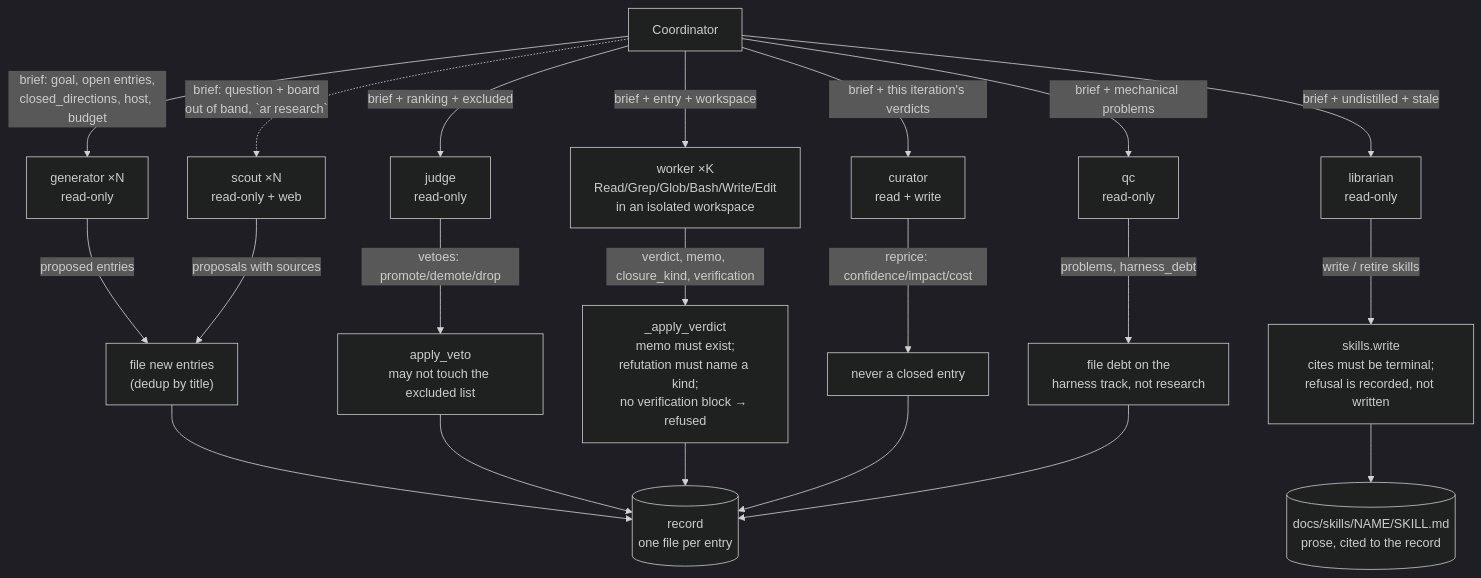
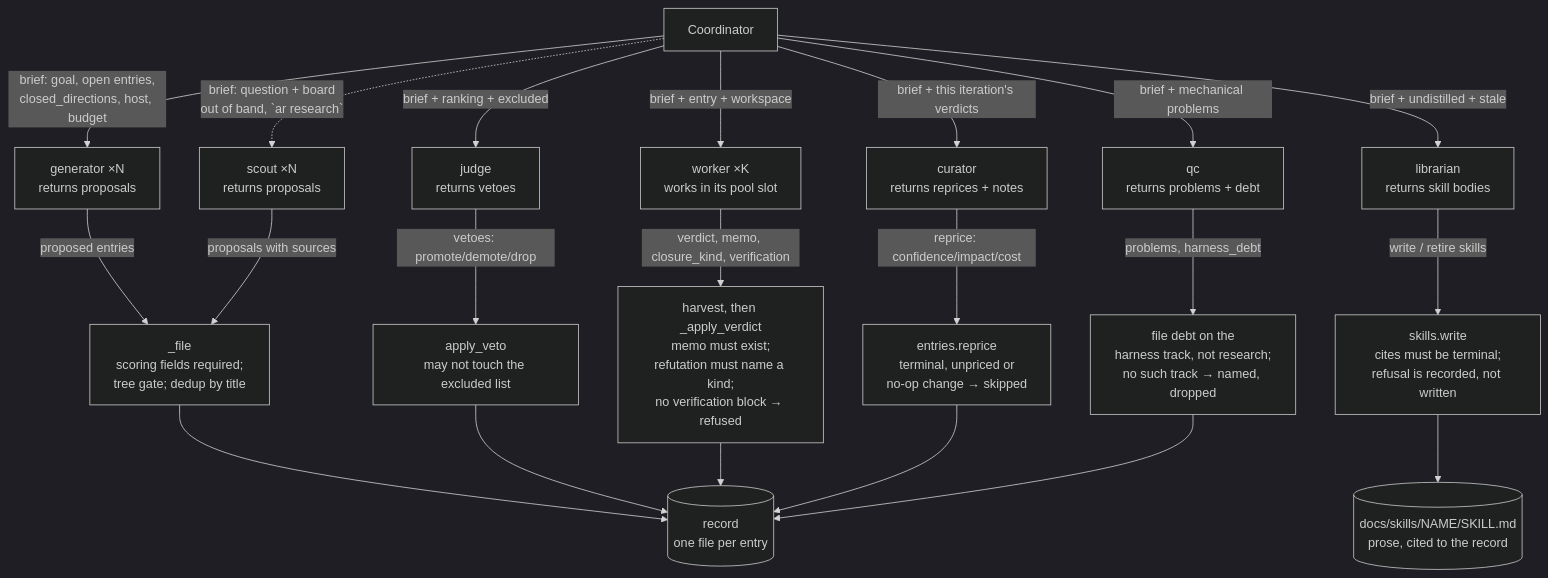
Before and after one commit to Ryun1/auto-research-toolkit: the third of 6 diagrams in docs/ARCHITECTURE.md, drawn with Mermaid (dark theme). The commit also changed other lines of this file and 4 other files, not shown here.

First line of the commit message:
Docs: architecture, upgrading and native-driver match the code; a CHANGELOG

````diff
--- a/docs/ARCHITECTURE.md
+++ b/docs/ARCHITECTURE.md
@@ -168,32 +200,32 @@
 ```mermaid
 flowchart TB
     coord["Coordinator"]
 
-    coord -->|"brief: goal, open entries,<br/>closed_directions, host, budget"| gen["generator ×N<br/>read-only"]
-    gen -->|"proposed entries"| file["file new entries<br/>(dedup by title)"]
+    coord -->|"brief: goal, open entries,<br/>closed_directions, host, budget"| gen["generator ×N<br/>returns proposals"]
+    gen -->|"proposed entries"| file["_file<br/>scoring fields required;<br/>tree gate; dedup by title"]
 
-    coord -->|"brief + ranking + excluded"| judge["judge<br/>read-only"]
+    coord -->|"brief + ranking + excluded"| judge["judge<br/>returns vetoes"]
     judge -->|"vetoes: promote/demote/drop"| veto["apply_veto<br/>may not touch the excluded list"]
 
-    coord -->|"brief + entry + workspace"| worker["worker ×K<br/>Read/Grep/Glob/Bash/Write/Edit<br/>in an isolated workspace"]
-    worker -->|"verdict, memo, closure_kind, verification"| apply["_apply_verdict<br/>memo must exist;<br/>refutation must name a kind;<br/>no verification block → refused"]
+    coord -->|"brief + entry + workspace"| worker["worker ×K<br/>works in its pool slot"]
+    worker -->|"verdict, memo, closure_kind, verification"| apply["harvest, then _apply_verdict<br/>memo must exist;<br/>refutation must name a kind;<br/>no verification block → refused"]
 
-    coord -->|"brief + this iteration's verdicts"| cur["curator<br/>read + write"]
-    cur -->|"reprice: confidence/impact/cost"| repr["never a closed entry"]
+    coord -->|"brief + this iteration's verdicts"| cur["curator<br/>returns reprices + notes"]
+    cur -->|"reprice: confidence/impact/cost"| repr["entries.reprice<br/>terminal, unpriced or<br/>no-op change → skipped"]
 
-    coord -->|"brief + undistilled + stale"| lib["librarian<br/>read-only"]
+    coord -->|"brief + undistilled + stale"| lib["librarian<br/>returns skill bodies"]
     lib -->|"write / retire skills"| skw["skills.write<br/>cites must be terminal;<br/>refusal is recorded, not written"]
 
-    coord -->|"brief + mechanical problems"| qc["qc<br/>read-only"]
-    qc -->|"problems, harness_debt"| debt["file debt on the<br/>harness track, not research"]
+    coord -->|"brief + mechanical problems"| qc["qc<br/>returns problems + debt"]
+    qc -->|"problems, harness_debt"| debt["file debt on the<br/>harness track, not research;<br/>no such track → named, dropped"]
 
-    coord -.->|"brief: question + board<br/>out of band, `ar research`"| scout["scout ×N<br/>read-only + web"]
+    coord -.->|"brief: question + board<br/>out of band, `ar research`"| scout["scout ×N<br/>returns proposals"]
     scout -->|"proposals with sources"| file
 
     file --> store[("record<br/>one file per entry")]
     veto --> store
     apply --> store
     repr --> store
     debt --> store
     skw --> sk[("docs/skills/NAME/SKILL.md<br/>prose, cited to the record")]
 ```
````
